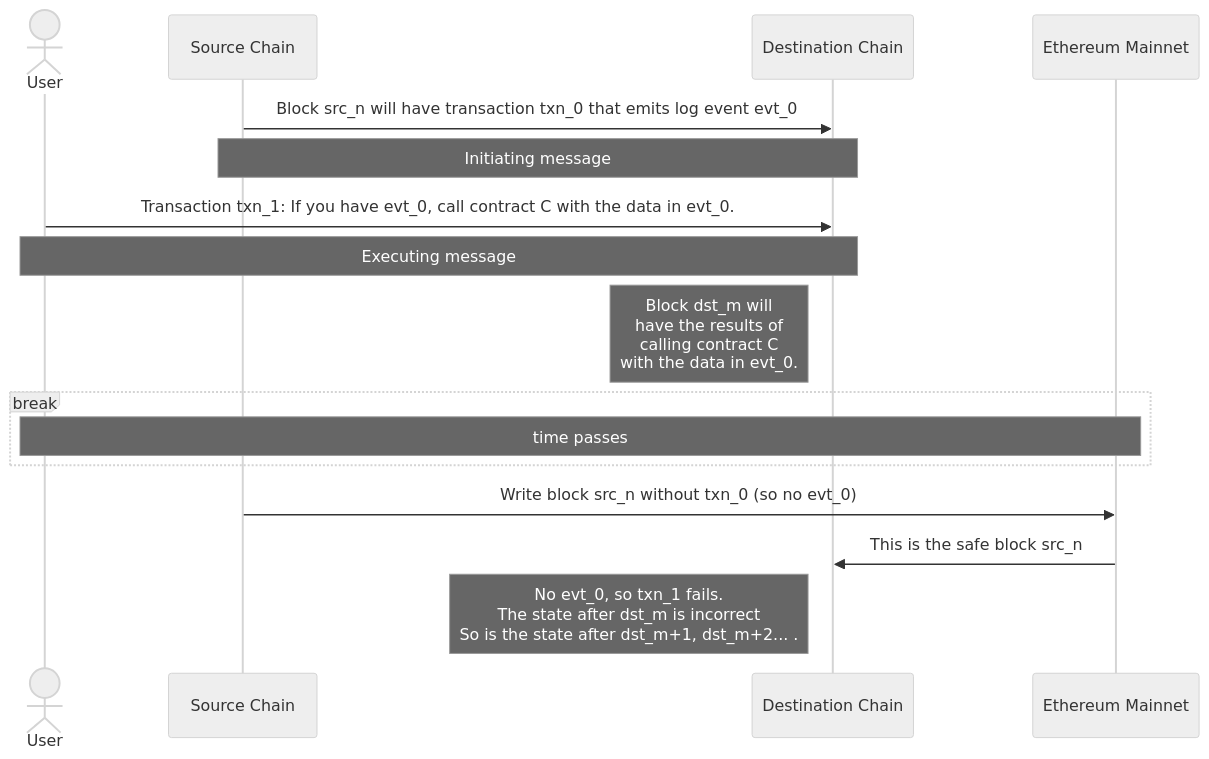
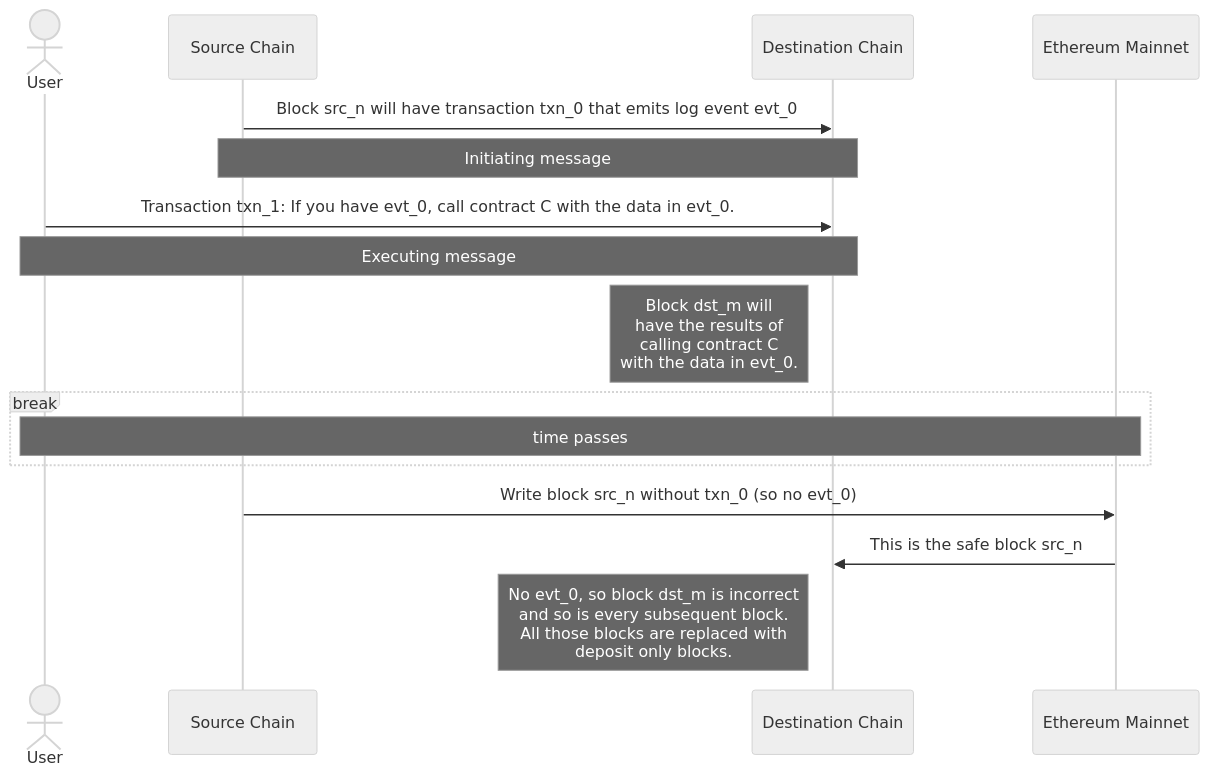
One commit to ethereum-optimism/docs changed the first of 2 diagrams in pages/stack/interop/security.mdx. Above: the diagram before and after it, drawn with Mermaid (neutral theme). The commit also changed other lines of this file and 4 other files, not shown here.

````diff
--- a/pages/stack/interop/security.mdx
+++ b/pages/stack/interop/security.mdx
@@ -27,20 +66,19 @@
 ```mermaid
 
 sequenceDiagram
     actor app as User
     participant src as Source Chain
     participant dst as Destination Chain
     participant l1 as Ethereum Mainnet
     src->>dst: Block src_n will have transaction txn_0 that emits log event evt_0
     note over src,dst: Initiating message
     app->>dst: Transaction txn_1: If you have evt_0, call contract C with the data in evt_0.
     note over app,dst: Executing message
     note left of dst: Block dst_m will <br/> have the results of <br/> calling contract C <br/> with the data in evt_0.
     break
         note over app,l1: time passes
     end
     src->>l1: Write block src_n without txn_0 (so no evt_0)
     l1->>dst: This is the safe block src_n
-    note left of dst: No evt_0, so txn_1 fails. <br /> The state after dst_m is incorrect <br /> So is the state after dst_m+1, dst_m+2... .
-
+    note left of dst: No evt_0, so block dst_m is incorrect <br /> and so is every subsequent block. <br /> All those blocks are replaced with <br /> deposit only blocks.
 ```
````
